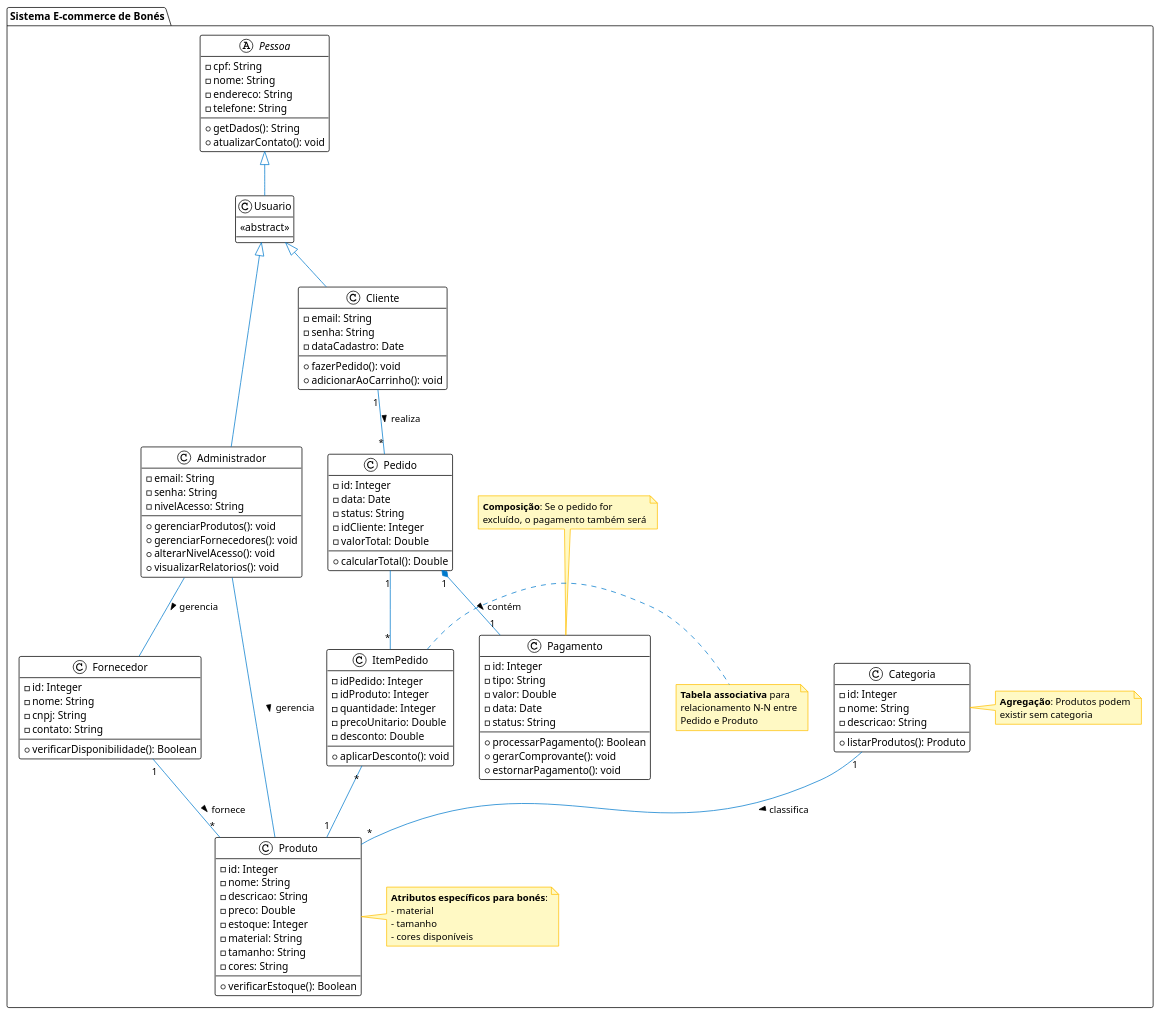
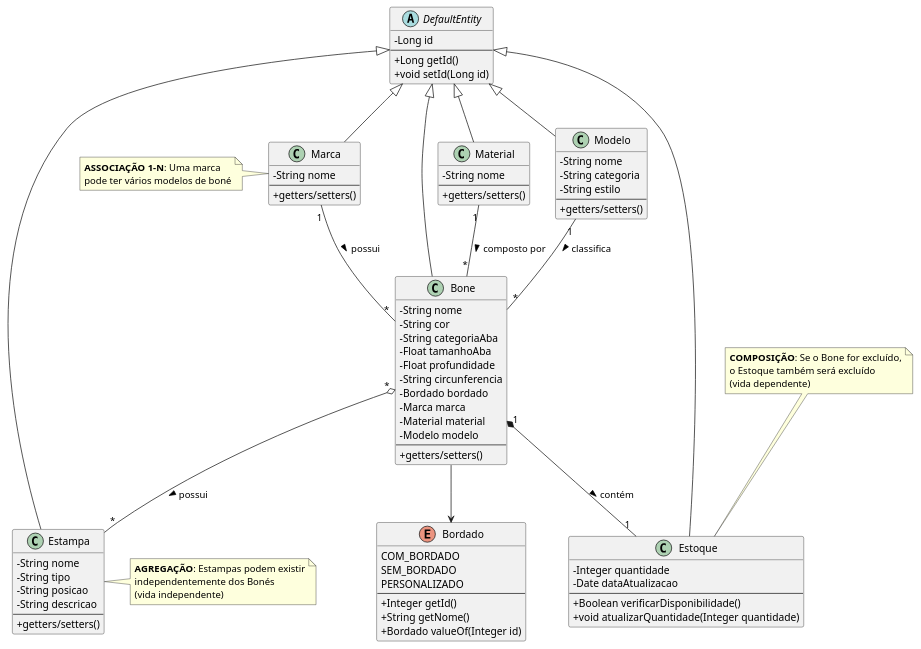
Before and after one commit to MatheusRN123/E-commerce-de-Bones: the diagram in bone-api-tp1/Diagrama de Classes.plantuml, drawn with PlantUML. The commit also changed 26 other files, not shown here.

```diff
--- a/bone-api-tp1/Diagrama de Classes.plantuml
+++ b/bone-api-tp1/Diagrama de Classes.plantuml
@@ -1,150 +1,127 @@
 @startuml
-!theme plain
+skinparam classAttributeIconSize 0
 
-skinparam {
-  class {
-    BackgroundColor White
-    BorderColor Black
-    ArrowColor #007acc
-  }
-  note {
-    BackgroundColor #FFF9C4
-    BorderColor #FFC107
-  }
+' =============================
+' SUPERCLASSE
+' =============================
+abstract class DefaultEntity {
+  - Long id
+  --
+  + Long getId()
+  + void setId(Long id)
 }
 
-package "Sistema E-commerce de Bonés" {
-  abstract class Pessoa {
-    - cpf: String
-    - nome: String
-    - endereco: String
-    - telefone: String
-    + getDados(): String
-    + atualizarContato(): void
-  }
-
-  class Usuario {
-    <<abstract>>
-  }
-
-  class Administrador {
-    - email: String
-    - senha: String
-    - nivelAcesso: String
-    + gerenciarProdutos(): void
-    + gerenciarFornecedores(): void
-    + alterarNivelAcesso(): void
-    + visualizarRelatorios(): void
-  }
-
-  class Cliente {
-    - email: String
-    - senha: String
-    - dataCadastro: Date
-    + fazerPedido(): void
-    + adicionarAoCarrinho(): void
-  }
-
-  class Fornecedor {
-    - id: Integer
-    - nome: String
-    - cnpj: String
-    - contato: String
-    + verificarDisponibilidade(): Boolean
-  }
-
-  class Categoria {
-    - id: Integer
-    - nome: String
-    - descricao: String
-    + listarProdutos(): Produto
-  }
-
-  class Produto {
-    - id: Integer
-    - nome: String
-    - descricao: String
-    - preco: Double
-    - estoque: Integer
-    - material: String
-    - tamanho: String
-    - cores: String
-    + verificarEstoque(): Boolean
-  }
-
-  class Pedido {
-    - id: Integer
-    - data: Date
-    - status: String
-    - idCliente: Integer
-    - valorTotal: Double
-    + calcularTotal(): Double
-  }
-
-  class Pagamento {
-    - id: Integer
-    - tipo: String
-    - valor: Double
-    - data: Date
-    - status: String
-    + processarPagamento(): Boolean
-    + gerarComprovante(): void
-    + estornarPagamento(): void
-  }
-
-  class ItemPedido {
-    - idPedido: Integer
-    - idProduto: Integer
-    - quantidade: Integer
-    - precoUnitario: Double
-    - desconto: Double
-    + aplicarDesconto(): void
-  }
-
-  ' Heranças
-  Pessoa <|-- Usuario
-  Usuario <|-- Administrador
-  Usuario <|-- Cliente
-
-  ' Relacionamentos 1-N
-  Fornecedor "1" -- "*" Produto : fornece >
-  Cliente "1" -- "*" Pedido : realiza >
-  Categoria "1" -- "*" Produto : classifica >
-
-  ' Relacionamento 1-1 (composição)
-  Pedido "1" *-- "1" Pagamento : contém >
-
-  ' Relacionamentos N-N através da classe associativa
-  Pedido "1" -- "*" ItemPedido
-  ItemPedido "*" -- "1" Produto
-
-  ' Relacionamentos de gestão (associações)
-  Administrador -- Produto : gerencia >
-  Administrador -- Fornecedor : gerencia >
-
-  ' Notas explicativas
-  note top of Pagamento
-    **Composição**: Se o pedido for
-    excluído, o pagamento também será
-  end note
-
-  note right of Categoria
-    **Agregação**: Produtos podem
-    existir sem categoria
-  end note
-
-  note right of ItemPedido
-    **Tabela associativa** para
-    relacionamento N-N entre
-    Pedido e Produto
-  end note
-
-  note right of Produto
-    **Atributos específicos para bonés**:
-    - material 
-    - tamanho
-    - cores disponíveis
-  end note
+' =============================
+' ENTIDADES CRUD
+' =============================
+class Bone {
+  - String nome
+  - String cor
+  - String categoriaAba
+  - Float tamanhoAba
+  - Float profundidade
+  - String circunferencia
+  - Bordado bordado
+  - Marca marca
+  - Material material
+  - Modelo modelo
+  --
+  + getters/setters()
 }
 
+class Material {
+  - String nome
+  --
+  + getters/setters()
+}
+
+enum Bordado {
+  COM_BORDADO
+  SEM_BORDADO
+  PERSONALIZADO
+  --
+  + Integer getId()
+  + String getNome()
+  + Bordado valueOf(Integer id)
+}
+
+class Marca {
+  - String nome
+  --
+  + getters/setters()
+}
+
+class Modelo {
+  - String nome
+  - String categoria
+  - String estilo
+  --
+  + getters/setters()
+}
+
+class Estoque {
+  - Integer quantidade
+  - Date dataAtualizacao
+  --
+  + Boolean verificarDisponibilidade()
+  + void atualizarQuantidade(Integer quantidade)
+}
+
+class Estampa {
+  - String nome
+  - String tipo
+  - String posicao
+  - String descricao
+  --
+  + getters/setters()
+}
+
+' =============================
+' HERANÇA
+' =============================
+DefaultEntity <|-- Bone
+DefaultEntity <|-- Material
+DefaultEntity <|-- Marca
+DefaultEntity <|-- Modelo
+DefaultEntity <|-- Estoque
+DefaultEntity <|-- Estampa
+
+' =============================
+' RELACIONAMENTOS
+' =============================
+
+' Enum
+Bone --> Bordado
+
+' Relacionamentos 1-N
+Marca "1" -- "*" Bone : possui >
+Modelo "1" -- "*" Bone : classifica >
+Material "1" -- "*" Bone : composto por >
+
+' Composição (1-1)
+Bone "1" *-- "1" Estoque : contém >
+
+' Agregação (N-N)
+Bone "*" o-- "*" Estampa : possui >
+
+' =============================
+' NOTAS EXPLICATIVAS
+' =============================
+note top of Estoque
+  **COMPOSIÇÃO**: Se o Bone for excluído,
+  o Estoque também será excluído
+  (vida dependente)
+end note
+
+note right of Estampa
+  **AGREGAÇÃO**: Estampas podem existir
+  independentemente dos Bonés
+  (vida independente)
+end note
+
+note left of Marca
+  **ASSOCIAÇÃO 1-N**: Uma marca
+  pode ter vários modelos de boné
+end note
+
 @enduml
```
